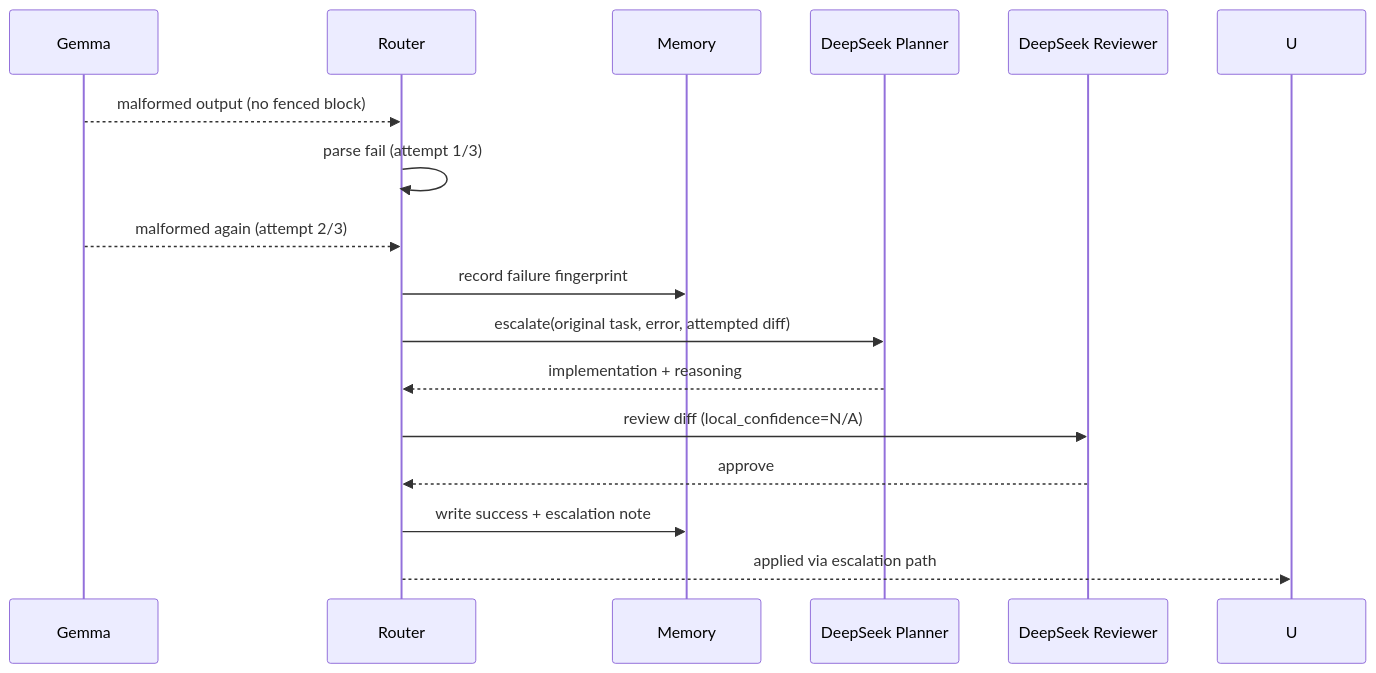
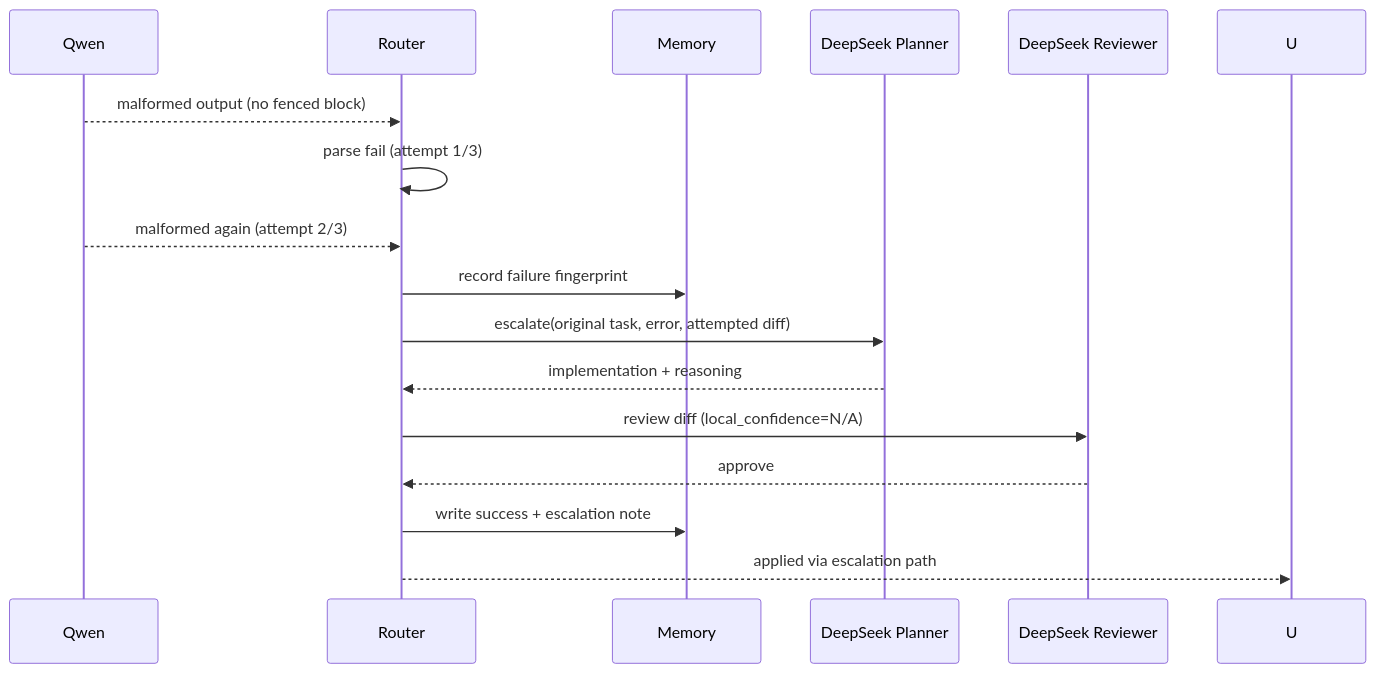
Before and after one commit to Boris8800/Hybrid-agent: the fourth of 4 diagrams in Agents /ARCHITECTURE.md, drawn with Mermaid. The commit also changed other lines of this file and 25 other files, not shown here.

````diff
--- a/Agents /ARCHITECTURE.md
+++ b/Agents /ARCHITECTURE.md
@@ -417,19 +417,19 @@
 ```mermaid
 sequenceDiagram
-    participant LM as Gemma
+    participant LM as Qwen
     participant RD as Router
     participant M as Memory
     participant DK as DeepSeek Planner
     participant RV as DeepSeek Reviewer
 
     LM-->>RD: malformed output (no fenced block)
     RD->>RD: parse fail (attempt 1/3)
     LM-->>RD: malformed again (attempt 2/3)
     RD->>M: record failure fingerprint
     RD->>DK: escalate(original task, error, attempted diff)
     DK-->>RD: implementation + reasoning
     RD->>RV: review diff (local_confidence=N/A)
     RV-->>RD: approve
     RD->>M: write success + escalation note
     RD-->>U: applied via escalation path
 ```
````
